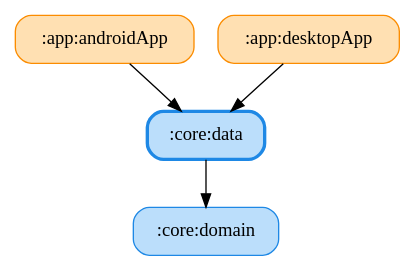
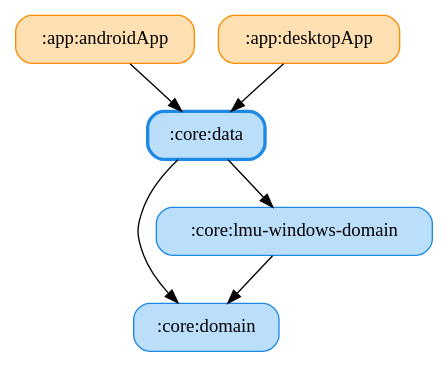
One commit to ai-kurou/KoDriver changed the diagram in docs/graphs/core-data.gv. Above: the diagram before and after it, drawn with Graphviz. The commit also changed 46 other files, not shown here.

Commit message:
chore: update module graph images

```diff
--- a/docs/graphs/core-data.gv
+++ b/docs/graphs/core-data.gv
@@ -1,11 +1,14 @@
 digraph G {
   rankdir=TB
   node [shape=box, style="rounded,filled"]
   ":app:androidApp" [fillcolor="#FFE0B2", color="#FB8C00", penwidth=1]
   ":app:desktopApp" [fillcolor="#FFE0B2", color="#FB8C00", penwidth=1]
   ":core:data" [fillcolor="#BBDEFB", color="#1E88E5", penwidth=2.5]
   ":core:domain" [fillcolor="#BBDEFB", color="#1E88E5", penwidth=1]
+  ":core:lmu-windows-domain" [fillcolor="#BBDEFB", color="#1E88E5", penwidth=1]
   ":app:androidApp" -> ":core:data"
   ":app:desktopApp" -> ":core:data"
   ":core:data" -> ":core:domain"
+  ":core:data" -> ":core:lmu-windows-domain"
+  ":core:lmu-windows-domain" -> ":core:domain"
 }
```
